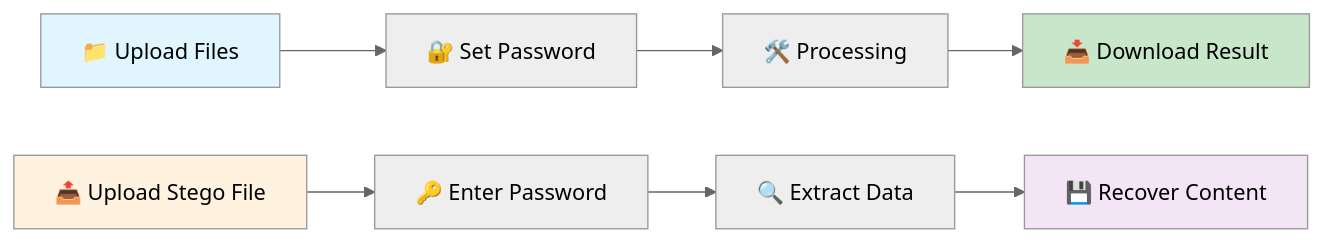
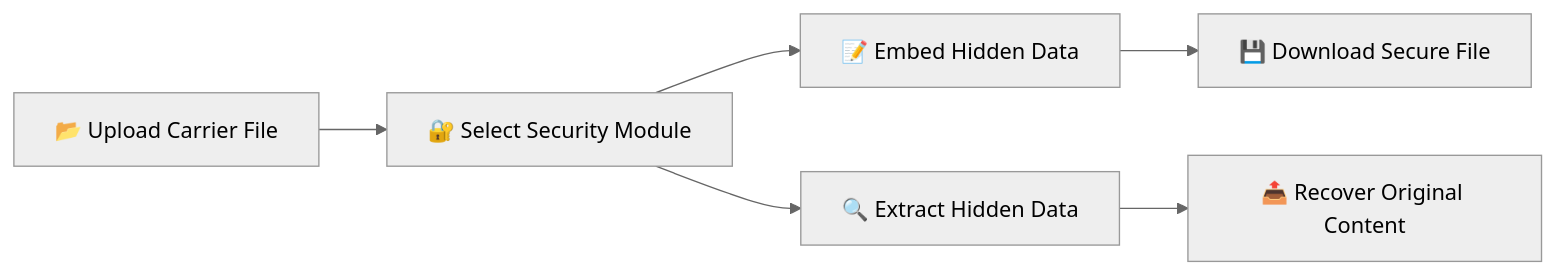
One commit to srushti2026/Crypto-Steganography changed the diagram in README.md. Above: the diagram before and after it, drawn with Mermaid (neutral theme). The commit also changed other lines of this file, not shown here.

````diff
--- a/README.md
+++ b/README.md
@@ -42,15 +163,12 @@
 ```mermaid
-graph LR
-    A[📁 Upload Files] --> B[🔐 Set Password]
-    B --> C[🛠️ Processing]
-    C --> D[📥 Download Result]
-    
-    E[📤 Upload Stego File] --> F[🔑 Enter Password]
-    F --> G[🔍 Extract Data]
-    G --> H[💾 Recover Content]
-    
-    style A fill:#e1f5fe
-    style D fill:#c8e6c9
-    style E fill:#fff3e0
-    style H fill:#f3e5f5
+flowchart LR
+
+A[📂 Upload Carrier File]
+--> B[🔐 Select Security Module]
+
+B --> C[📝 Embed Hidden Data]
+B --> D[🔍 Extract Hidden Data]
+
+C --> E[💾 Download Secure File]
+D --> F[📤 Recover Original Content]
 ```
````
